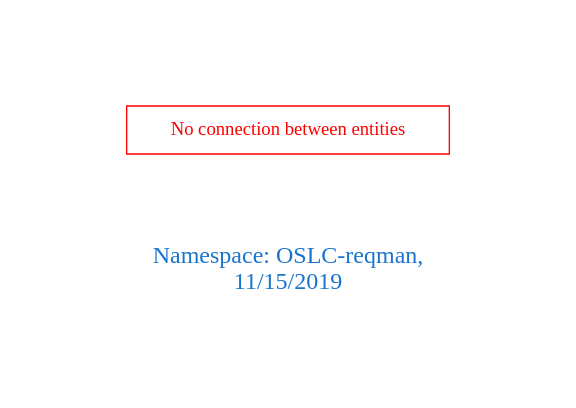
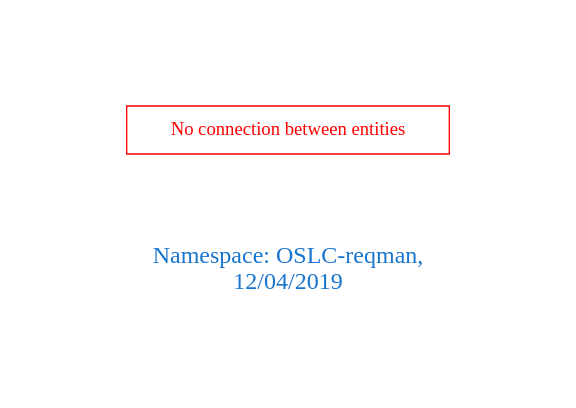
Before and after one commit to arago/OGIT: the diagram in downloads/OSLC-reqman.dot, drawn with Graphviz. The commit also changed 1604 other files, not shown here.

```diff
--- a/downloads/OSLC-reqman.dot
+++ b/downloads/OSLC-reqman.dot
@@ -1,9 +1,9 @@
 digraph OGIT_ontology {
  graph [ rankdir= LR,pad=1 
 fontsize = 18,
-fontcolor= dodgerblue3,label = "\n\n\nNamespace: OSLC-reqman, \n 11/15/2019"];
+fontcolor= dodgerblue3,label = "\n\n\nNamespace: OSLC-reqman, \n 12/04/2019"];
 node[shape=polygon];
 edge [  color="gray81"];
 
 "No connection between entities" [fontcolor = "red",color="red", shape="polygon"]
 }
```
